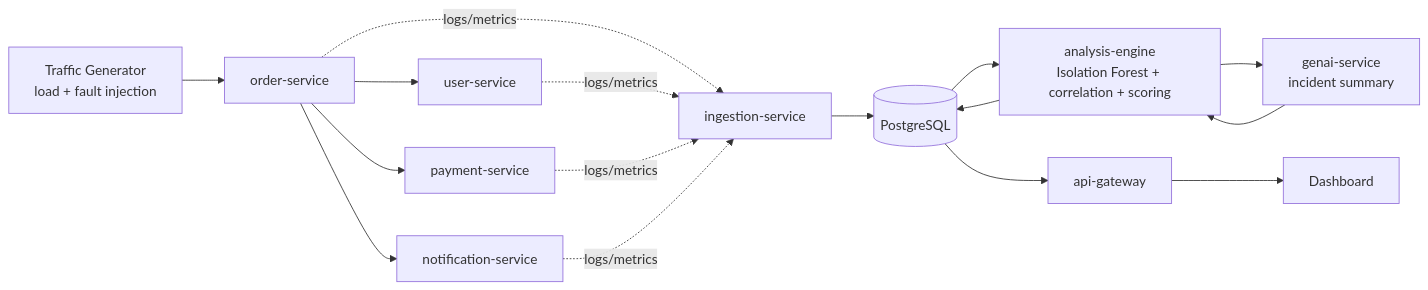
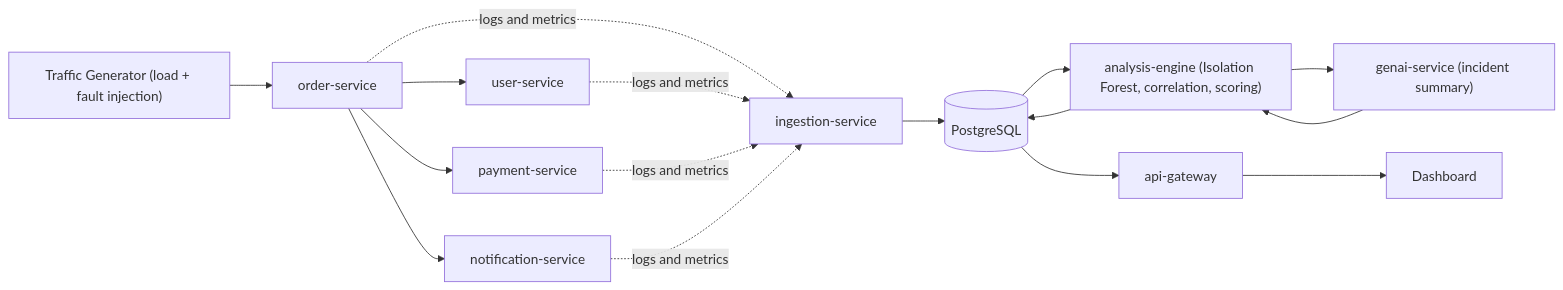
Before and after one commit to Jahnavisingh05/opsmind: the diagram in README.md, drawn with Mermaid.

````diff
--- a/README.md
+++ b/README.md
@@ -34,20 +34,20 @@
 ```mermaid
 flowchart LR
-    TG[Traffic Generator<br/>load + fault injection] --> ORD[order-service]
-    ORD --> USR[user-service]
-    ORD --> PAY[payment-service]
-    ORD --> NOT[notification-service]
+    TG["Traffic Generator (load + fault injection)"] --> ORD["order-service"]
+    ORD --> USR["user-service"]
+    ORD --> PAY["payment-service"]
+    ORD --> NOT["notification-service"]
 
-    ORD -. logs/metrics .-> ING[ingestion-service]
-    USR -. logs/metrics .-> ING
-    PAY -. logs/metrics .-> ING
-    NOT -. logs/metrics .-> ING
+    ORD -.->|"logs and metrics"| ING["ingestion-service"]
+    USR -.->|"logs and metrics"| ING
+    PAY -.->|"logs and metrics"| ING
+    NOT -.->|"logs and metrics"| ING
 
-    ING --> DB[(PostgreSQL)]
-    DB --> AE[analysis-engine<br/>Isolation Forest + correlation + scoring]
-    AE --> GEN[genai-service<br/>incident summary]
+    ING --> DB[("PostgreSQL")]
+    DB --> AE["analysis-engine (Isolation Forest, correlation, scoring)"]
+    AE --> GEN["genai-service (incident summary)"]
     GEN --> AE
     AE --> DB
-    DB --> GW[api-gateway]
-    GW --> DASH[Dashboard]
+    DB --> GW["api-gateway"]
+    GW --> DASH["Dashboard"]
 ```
````
